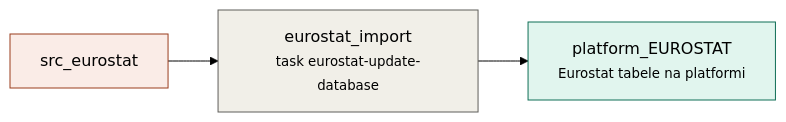
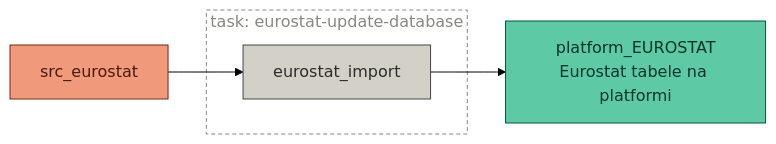
The diagram in docs/pipelines/task-eurostat-update-database.md (majazaloznik/umar-automation-scripts), drawn with Mermaid (forest theme) before and after one commit. The commit also changed 31 other files, not shown here.

Commit message:
Update mermaid plots in pipelines

````diff
--- a/docs/pipelines/task-eurostat-update-database.md
+++ b/docs/pipelines/task-eurostat-update-database.md
@@ -21,12 +21,15 @@
 ```mermaid
 flowchart LR
-  src_eurostat["src_eurostat<br/><small></small>"]:::source
-  platform_EUROSTAT["platform_EUROSTAT<br/><small>Eurostat tabele na platformi</small>"]:::store
-  eurostat_import["eurostat_import<br/><small>task eurostat-update-database</small>"]:::step
+  src_eurostat["src_eurostat"]:::source
+  platform_EUROSTAT["platform_EUROSTAT<br/>Eurostat tabele na platformi"]:::store
+  subgraph task_eurostat_update_database["task: eurostat-update-database"]
+    eurostat_import["eurostat_import"]:::step
+  end
+  style task_eurostat_update_database fill:none,stroke:#888780,stroke-dasharray:4 3,color:#888780
   src_eurostat --> eurostat_import
   eurostat_import --> platform_EUROSTAT
-  classDef source fill:#FAECE7,stroke:#993C1D
-  classDef step fill:#F1EFE8,stroke:#5F5E5A
-  classDef store fill:#E1F5EE,stroke:#0F6E56
-  classDef output fill:#EEEDFE,stroke:#534AB7
+  classDef source fill:#F0997B,stroke:#712B13,color:#4A1B0C,stroke-width:1px
+  classDef step fill:#D3D1C7,stroke:#444441,color:#2C2C2A,stroke-width:1px
+  classDef store fill:#5DCAA5,stroke:#085041,color:#04342C,stroke-width:1px
+  classDef output fill:#AFA9EC,stroke:#3C3489,color:#26215C,stroke-width:1px
 ```
````
